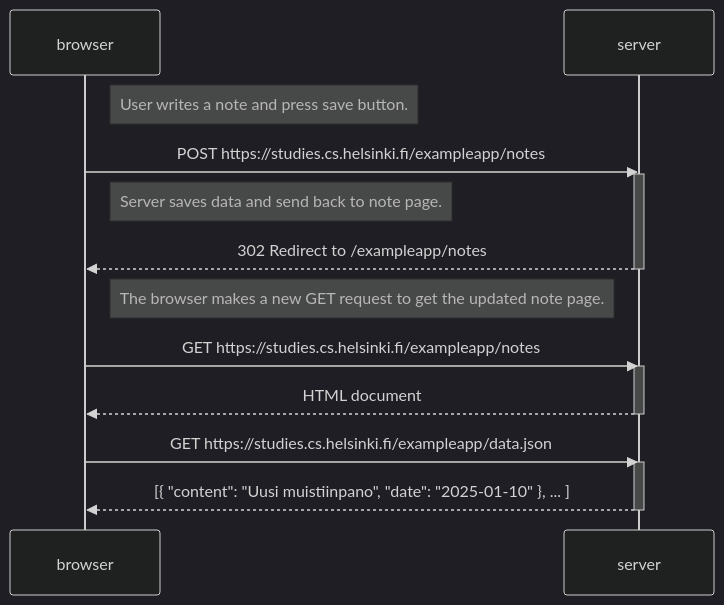
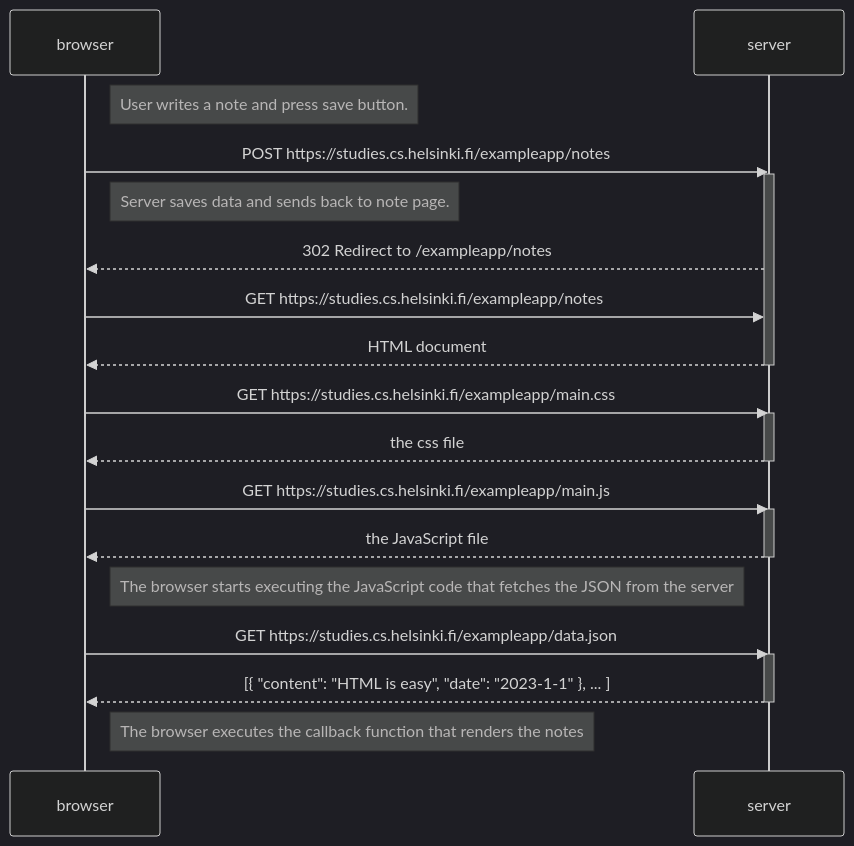
Before and after one commit to vmustone/Fullstackopen: the diagram in part0/newNote.md, drawn with Mermaid (dark theme). The commit also changed other lines of this file and 3 other files, not shown here.

````diff
--- a/part0/newNote.md
+++ b/part0/newNote.md
@@ -1,25 +3,36 @@
 ```mermaid
 
 sequenceDiagram
     participant browser
     participant server
     
-    Note right of browser: User writes a note and press save button.
+	Note right of browser: User writes a note and press save button.
+
     browser->>server: POST https://studies.cs.helsinki.fi/exampleapp/notes
     activate server
-    Note right of browser: Server saves data and send back to note page.
+	Note right of browser: Server saves data and sends back to note page.
+
     server-->>browser: 302 Redirect to /exampleapp/notes
-    deactivate server
-
-    Note right of browser: The browser makes a new GET request to get the updated note page.
     browser->>server: GET https://studies.cs.helsinki.fi/exampleapp/notes
-    activate server
     server-->>browser: HTML document
     deactivate server
-
+    
+    browser->>server: GET https://studies.cs.helsinki.fi/exampleapp/main.css
+    activate server
+    server-->>browser: the css file
+    deactivate server
+    
+    browser->>server: GET https://studies.cs.helsinki.fi/exampleapp/main.js
+    activate server
+    server-->>browser: the JavaScript file
+    deactivate server
+    
+    Note right of browser: The browser starts executing the JavaScript code that fetches the JSON from the server
+    
     browser->>server: GET https://studies.cs.helsinki.fi/exampleapp/data.json
     activate server
-    server-->>browser: [{ "content": "Uusi muistiinpano", "date": "2025-01-10" }, ... ]
-    deactivate server
+    server-->>browser: [{ "content": "HTML is easy", "date": "2023-1-1" }, ... ]
+    deactivate server    
 
+    Note right of browser: The browser executes the callback function that renders the notes
 ```
````
